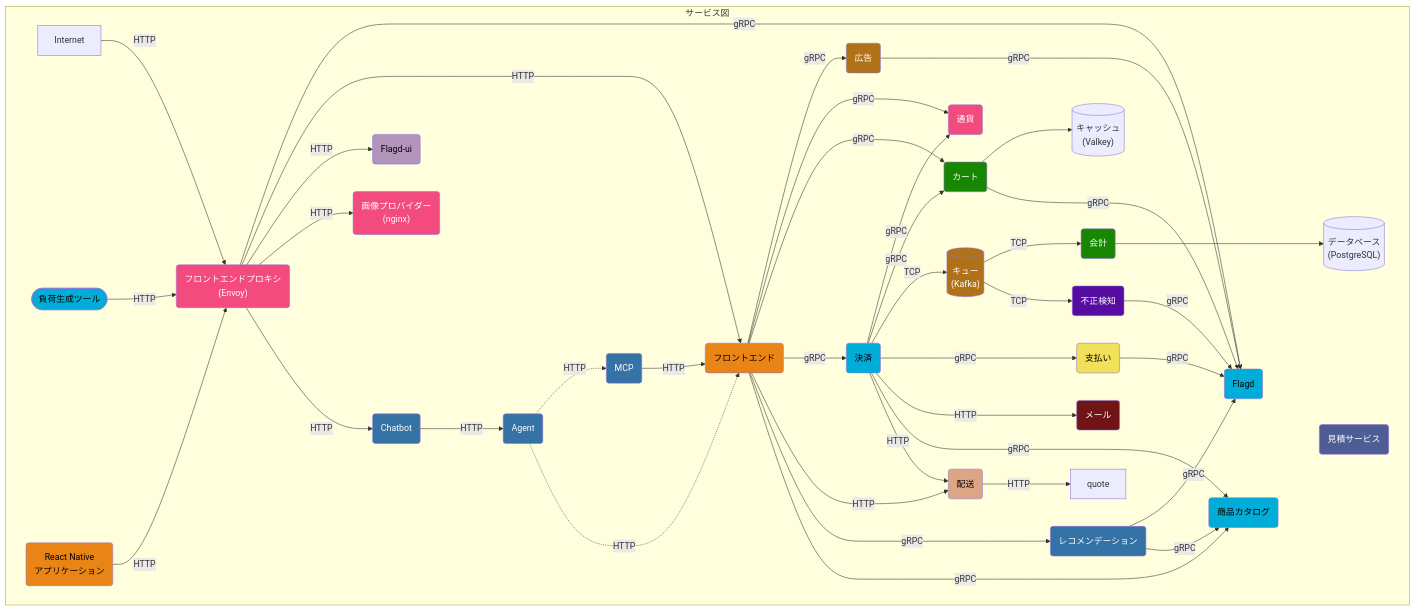
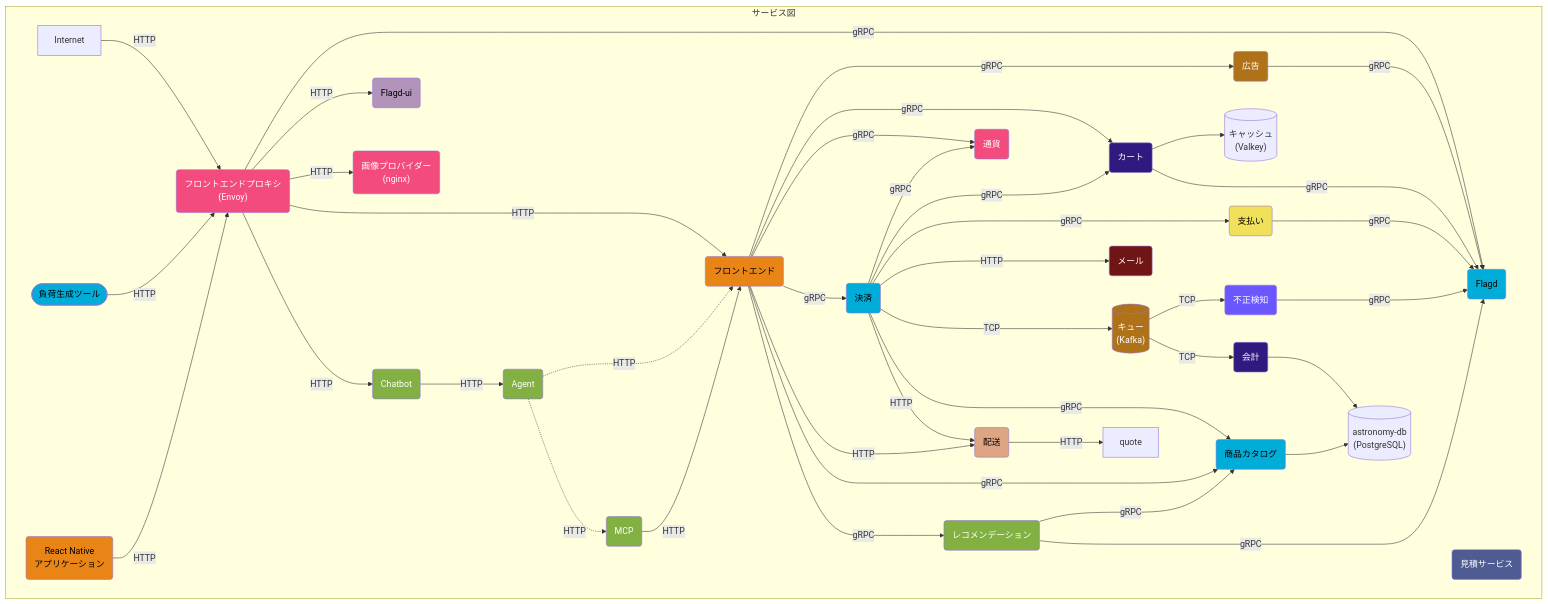
Before and after one commit to open-telemetry/opentelemetry.io: the first of 3 diagrams in content/ja/docs/demo/architecture.md, drawn with Mermaid. The commit also changed other lines of this file, not shown here.

Commit message:
[ja] update translation of content/en/docs/demo/architecture.md

```diff
--- a/content/ja/docs/demo/architecture.md
+++ b/content/ja/docs/demo/architecture.md
@@ -37,71 +36,70 @@
 shipping(配送):::rust
 queue[(キュー<br/>&#40Kafka&#41)]:::java
 react-native-app(React Native<br>アプリケーション):::typescript
-postgresql[(データベース<br/>&#40PostgreSQL&#41)]
+postgresql[(astronomy-db<br/>&#40PostgreSQL&#41)]
 
-accounting ---> postgresql
+chatbot -->|HTTP| agent
+agent -.->|HTTP| frontend
+agent -.->|HTTP| mcp
 
-agent -.->|HTTP| mcp
-agent -.->|HTTP| frontend
-
-ad ---->|gRPC| flagd
+ad --->|gRPC| flagd
 
 checkout -->|gRPC| currency
 checkout -->|gRPC| cart
+cart --> cache
+cart --->|gRPC| flagd
+
+checkout --->|gRPC| payment
+checkout --->|HTTP| email
 checkout -->|TCP| queue
+checkout ---->|gRPC| product-catalog
+checkout -->|HTTP| shipping
+shipping -->|HTTP| quote
 
-cart --> cache
-cart -->|gRPC| flagd
-
-chatbot -->|HTTP| agent
-
-checkout -->|gRPC| payment
-checkout --->|HTTP| email
-checkout -->|gRPC| product-catalog
-checkout -->|HTTP| shipping
-
-fraud-detection -->|gRPC| flagd
+fraud-detection --->|gRPC| flagd
 
 frontend -->|gRPC| ad
+frontend ---->|gRPC| cart
 frontend -->|gRPC| currency
-frontend -->|gRPC| cart
 frontend -->|gRPC| checkout
 frontend -->|HTTP| shipping
-frontend ---->|gRPC| recommendation
 frontend -->|gRPC| product-catalog
+frontend --->|gRPC| recommendation
 
 frontend-proxy -->|gRPC| flagd
-frontend-proxy -->|HTTP| frontend
 frontend-proxy -->|HTTP| flagd-ui
 frontend-proxy -->|HTTP| image-provider
+frontend-proxy -->|HTTP| frontend
 frontend-proxy -->|HTTP| chatbot
 
 mcp -->|HTTP| frontend
 
-payment -->|gRPC| flagd
+payment --->|gRPC| flagd
 
-queue -->|TCP| accounting
 queue -->|TCP| fraud-detection
 
-recommendation -->|gRPC| flagd
 recommendation -->|gRPC| product-catalog
+recommendation ----->|gRPC| flagd
 
-shipping -->|HTTP| quote
+product-catalog --> postgresql
 
 Internet -->|HTTP| frontend-proxy
 load-generator -->|HTTP| frontend-proxy
 react-native-app -->|HTTP| frontend-proxy
+accounting --> postgresql
+queue -->|TCP| accounting
+
 end
 
-classDef dotnet fill:#178600,color:white;
+classDef dotnet fill:#311a7f,color:white;
 classDef cpp fill:#f34b7d,color:white;
 classDef elixir fill:#b294bb,color:black;
 classDef golang fill:#00add8,color:black;
 classDef java fill:#b07219,color:white;
 classDef javascript fill:#f1e05a,color:black;
-classDef kotlin fill:#560ba1,color:white;
-classDef php fill:#4f5d95,color:white;
-classDef python fill:#3572A5,color:white;
+classDef kotlin fill:#6b57ff,color:white;
+classDef php fill:#4F5B93,color:white;
+classDef python fill:#82b043,color:white;
 classDef ruby fill:#701516,color:white;
 classDef rust fill:#dea584,color:black;
 classDef typescript fill:#e98516,color:black;
```
